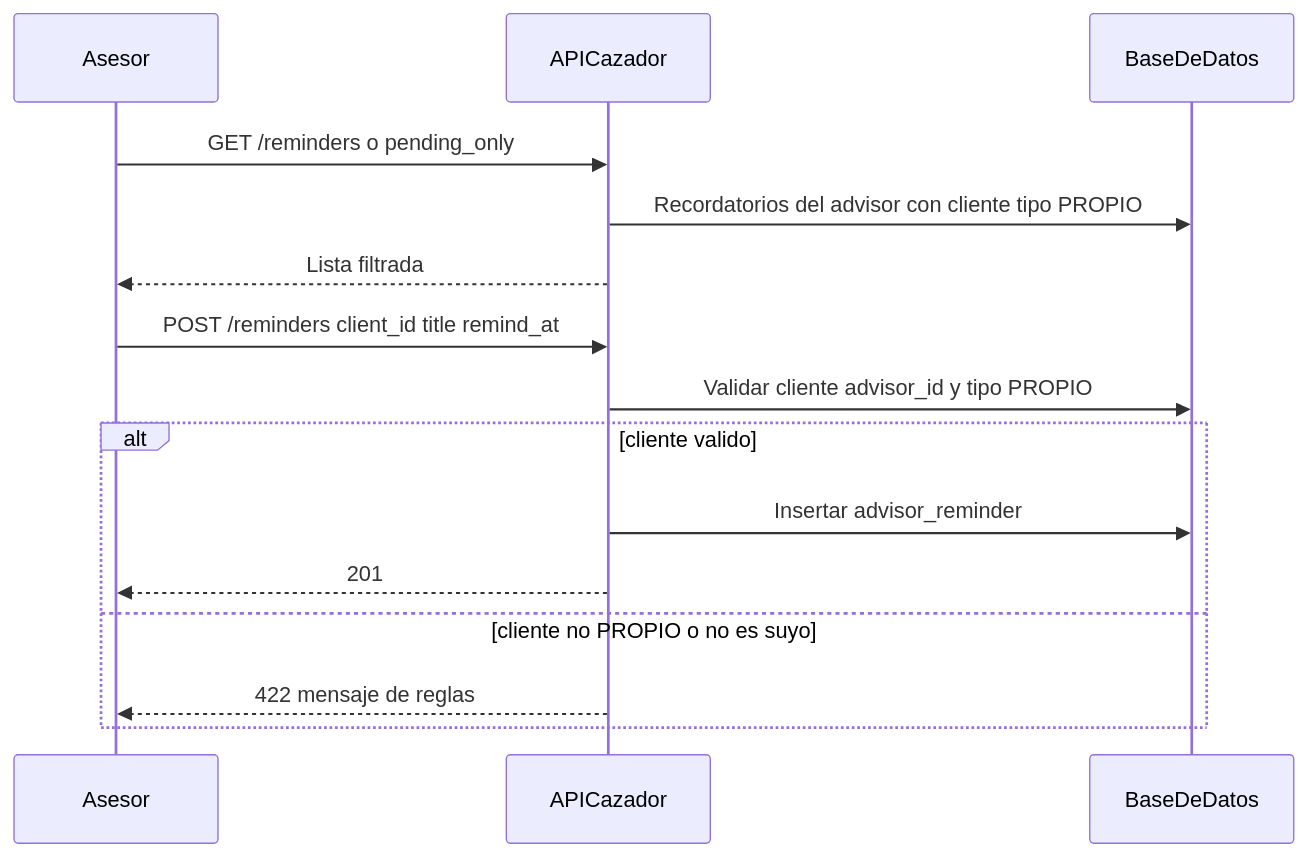
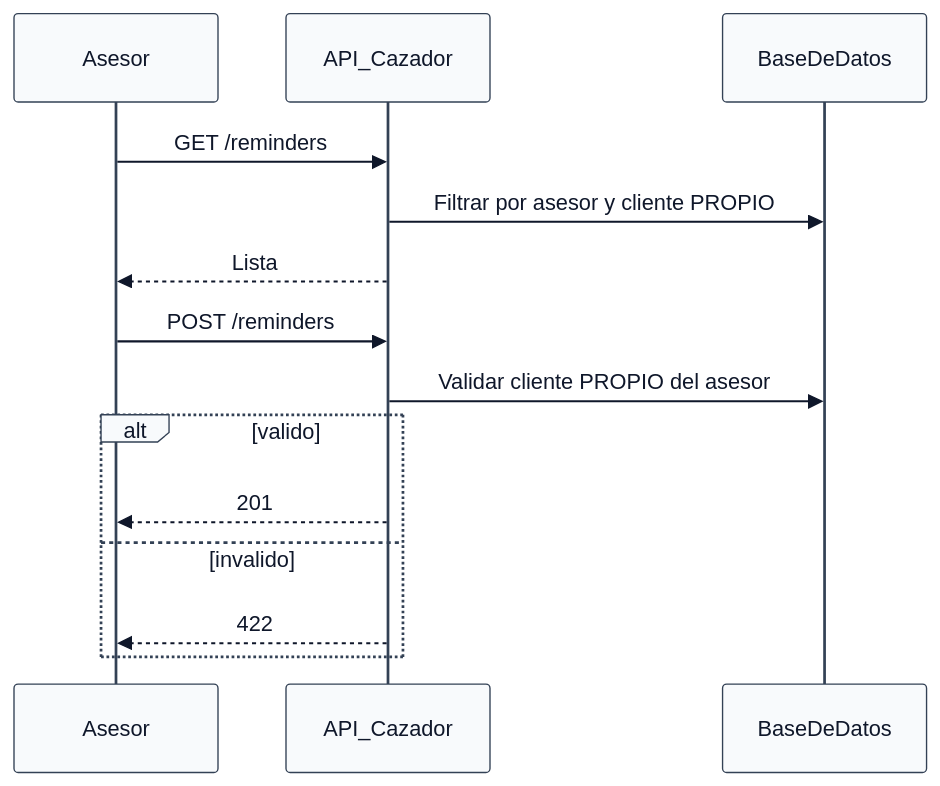
Diagram 11 of 20 in docs/GRAFICO_PROCESOS_SISTEMA.md (abitae/crm_lotes), drawn with Mermaid before and after one commit. The commit also changed other lines of this file and 54 other files, not shown here.

````diff
--- a/docs/GRAFICO_PROCESOS_SISTEMA.md
+++ b/docs/GRAFICO_PROCESOS_SISTEMA.md
@@ -244,19 +276,19 @@
 ```mermaid
+%%{init: {'theme':'base', 'themeVariables': {'primaryColor':'#ecfdf5','primaryTextColor':'#0f172a','primaryBorderColor':'#059669','lineColor':'#64748b','actorBkg':'#f8fafc','actorBorder':'#334155'}}}%%
 sequenceDiagram
     participant seller as Asesor
-    participant api as APICazador
+    participant api as API_Cazador
     participant db as BaseDeDatos
 
-    seller->>api: GET /reminders o pending_only
-    api->>db: Recordatorios del advisor con cliente tipo PROPIO
-    api-->>seller: Lista filtrada
+    seller->>api: GET /reminders
+    api->>db: Filtrar por asesor y cliente PROPIO
+    api-->>seller: Lista
 
-    seller->>api: POST /reminders client_id title remind_at
-    api->>db: Validar cliente advisor_id y tipo PROPIO
-    alt cliente valido
-        api->>db: Insertar advisor_reminder
+    seller->>api: POST /reminders
+    api->>db: Validar cliente PROPIO del asesor
+    alt valido
         api-->>seller: 201
-    else cliente no PROPIO o no es suyo
-        api-->>seller: 422 mensaje de reglas
+    else invalido
+        api-->>seller: 422
     end
 ```
````
